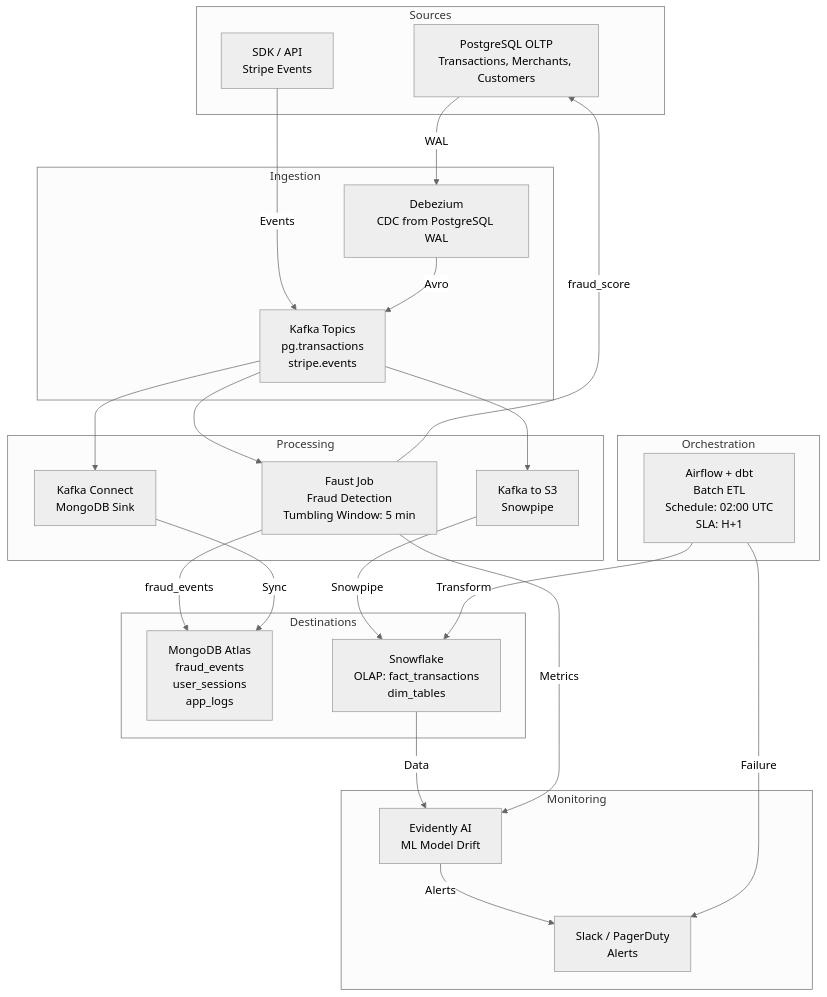
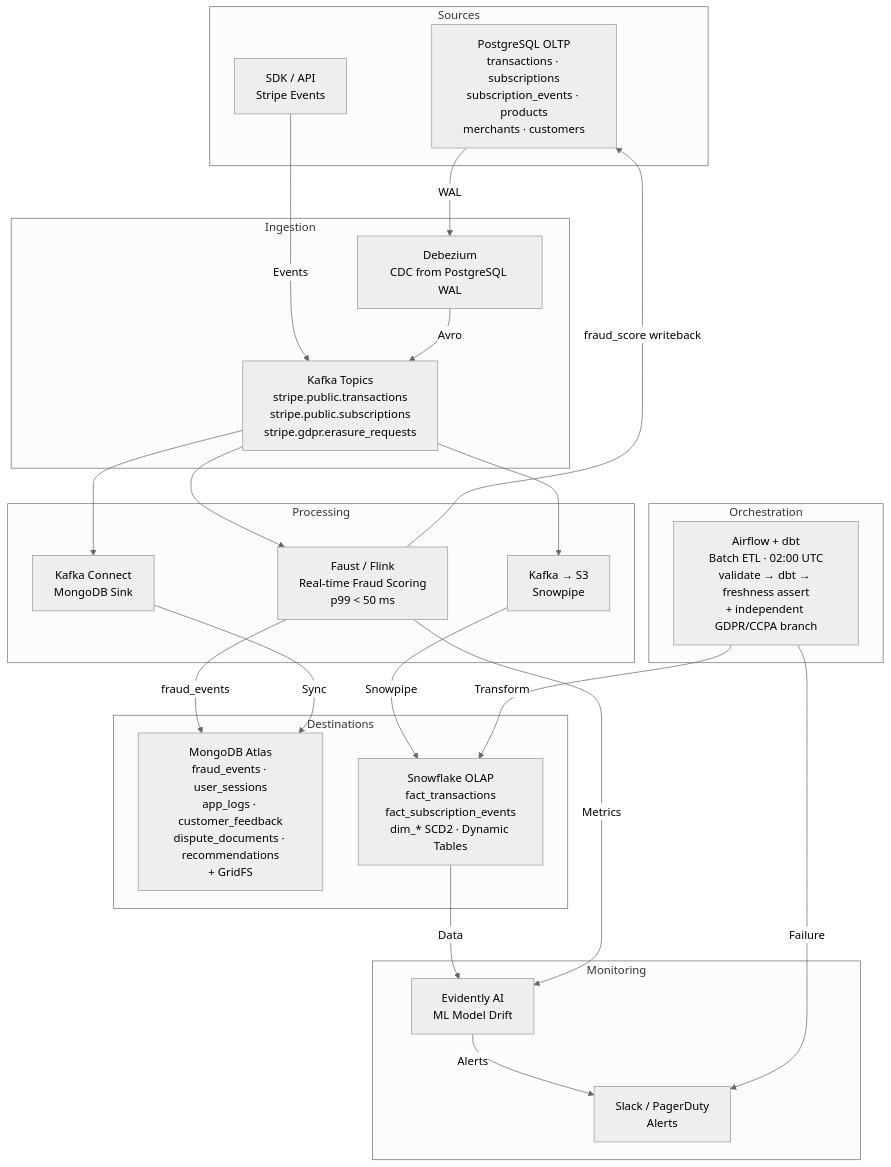
Before and after one commit to Artificial-Intelligence-Architect/Stripe-Business-Case: the diagram in docs/data_pipeline.mermaid, drawn with Mermaid (neutral theme). The commit also changed 33 other files, not shown here.

```diff
--- a/docs/data_pipeline.mermaid
+++ b/docs/data_pipeline.mermaid
@@ -1,40 +1,40 @@
 flowchart TD
     subgraph Sources
-        A[PostgreSQL OLTP\nTransactions, Merchants, Customers]
+        A[PostgreSQL OLTP\ntransactions · subscriptions\nsubscription_events · products\nmerchants · customers]
         B[SDK / API\nStripe Events]
     end
     subgraph Ingestion
         C[Debezium\nCDC from PostgreSQL WAL]
-        D[Kafka Topics\npg.transactions\nstripe.events]
+        D[Kafka Topics\nstripe.public.transactions\nstripe.public.subscriptions\nstripe.gdpr.erasure_requests]
     end
     subgraph Processing
-        E[Faust Job\nFraud Detection\nTumbling Window: 5 min]
+        E[Faust / Flink\nReal-time Fraud Scoring\np99 < 50 ms]
         F[Kafka Connect\nMongoDB Sink]
-        G[Kafka to S3\nSnowpipe]
+        G[Kafka → S3\nSnowpipe]
     end
     subgraph Destinations
-        H[MongoDB Atlas\nfraud_events\nuser_sessions\napp_logs]
-        I[Snowflake\nOLAP: fact_transactions\ndim_tables]
+        H[MongoDB Atlas\nfraud_events · user_sessions\napp_logs · customer_feedback\ndispute_documents · recommendations\n+ GridFS]
+        I[Snowflake OLAP\nfact_transactions\nfact_subscription_events\ndim_* SCD2 · Dynamic Tables]
     end
     subgraph Orchestration
-        J[Airflow + dbt\nBatch ETL\nSchedule: 02:00 UTC\nSLA: H+1]
+        J[Airflow + dbt\nBatch ETL · 02:00 UTC\nvalidate → dbt → freshness assert\n+ independent GDPR/CCPA branch]
     end
     subgraph Monitoring
         K[Evidently AI\nML Model Drift]
         L[Slack / PagerDuty\nAlerts]
     end
     A -->|WAL| C
     B -->|Events| D
     C -->|Avro| D
     D --> E
     D --> F
     D --> G
-    E -->|fraud_score| A
+    E -->|fraud_score writeback| A
     E -->|fraud_events| H
     F -->|Sync| H
     G -->|Snowpipe| I
     J -->|Transform| I
     I -->|Data| K
     E -->|Metrics| K
     K -->|Alerts| L
     J -->|Failure| L
```
